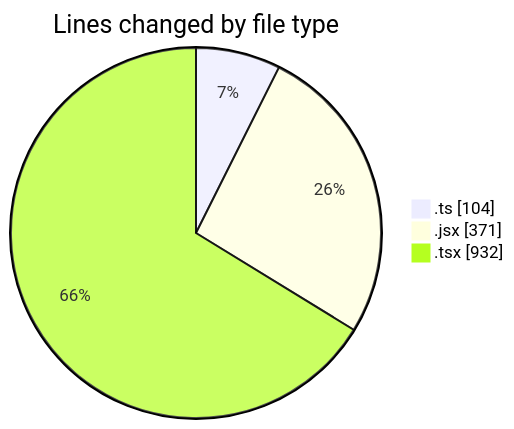
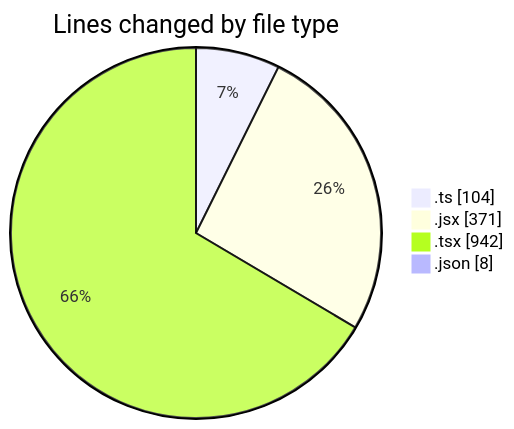
The first of 2 diagrams in 2025-02-08/termonied-web/README.md (robertbonfada/code-tracking), drawn with Mermaid before and after one commit. The commit also changed other lines of this file and 1 other file, not shown here.

````diff
--- a/2025-02-08/termonied-web/README.md
+++ b/2025-02-08/termonied-web/README.md
@@ -28,7 +29,8 @@
 ```mermaid
 pie showData
 title Lines changed by file type
 ".ts" : 104
 ".jsx" : 371
-".tsx" : 932
+".tsx" : 942
+".json" : 8
 ```
````
